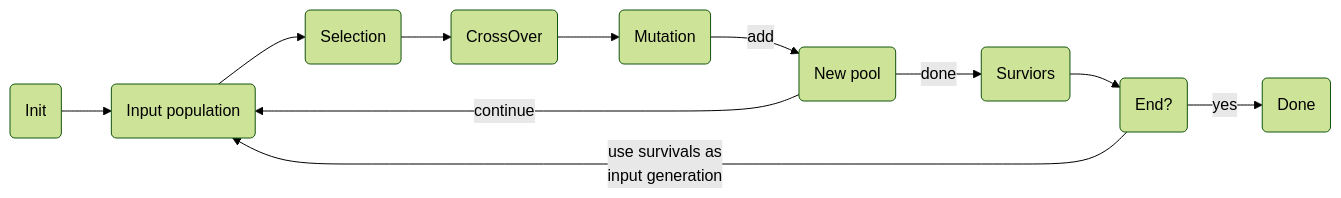
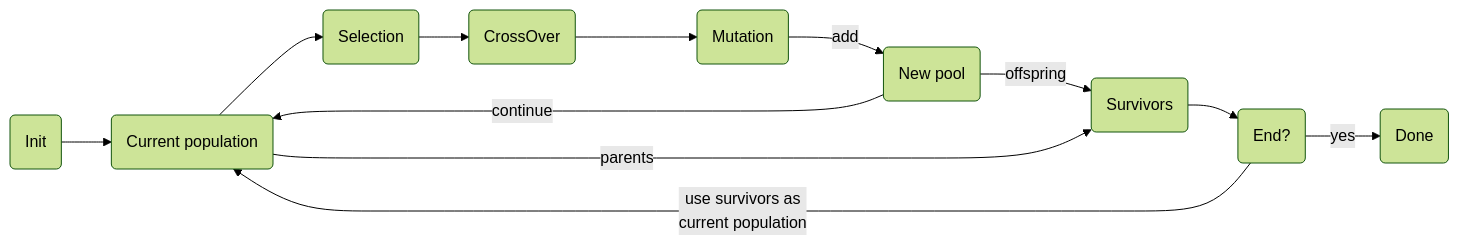
Before and after one commit to sbiemont/galgogene: the diagram in readme.md, drawn with Mermaid (forest theme). The commit also changed other lines of this file and 35 other files, not shown here.

````diff
--- a/readme.md
+++ b/readme.md
@@ -346,18 +406,19 @@
 ```mermaid
 graph LR
   init(Init)
-  survive(Surviors)
+  pool(New pool)
+  termination(End?)
+  start(Current population)
+  survive(Survivors)
   select(Selection)
   crossover(CrossOver)
   mutate(Mutation)
-  pool(New pool)
-  termination(End?)
-  start(Input population)
 
   init --> start
   start --> select --> crossover --> mutate -->|add| pool
   pool -->|continue| start
-  pool -->|done| survive --> termination
+  pool -->|offspring| survive --> termination
+  start -->|parents| survive
   termination -->|yes| done(Done)
-  termination -->|use survivals as<br>input generation| start
+  termination -->|use survivors as<br>current population| start
 ```
````
